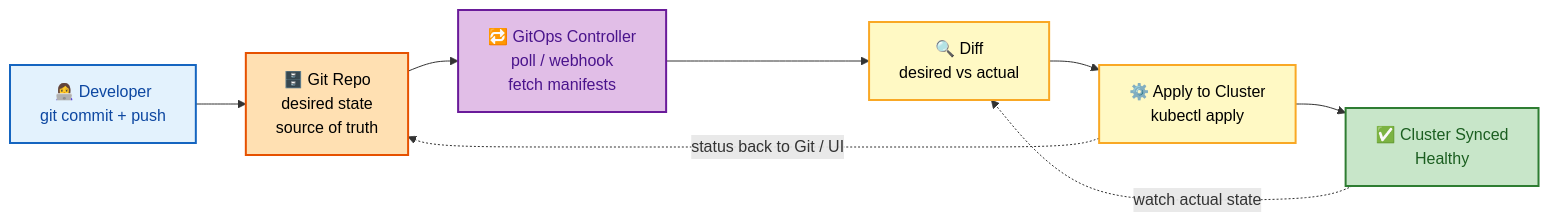
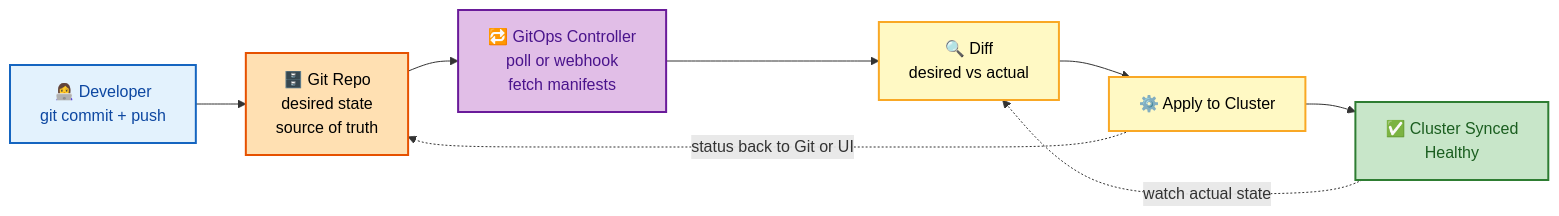
The second of 2 diagrams in gitops/README.md (rakesh-budde/devops-guide), drawn with Mermaid before and after one commit. The commit also changed other lines of this file and 127 other files, not shown here.

````diff
--- a/gitops/README.md
+++ b/gitops/README.md
@@ -66,22 +85,21 @@
 ```mermaid
 flowchart LR
     A["👩‍💻 Developer<br/>git commit + push"] --> B["🗄️ Git Repo<br/>desired state<br/>source of truth"]
-    B --> C["🔁 GitOps Controller<br/>poll / webhook<br/>fetch manifests"]
+    B --> C["🔁 GitOps Controller<br/>poll or webhook<br/>fetch manifests"]
     C --> D["🔍 Diff<br/>desired vs actual"]
-    D --> E["⚙️ Apply to Cluster<br/>kubectl apply"]
+    D --> E["⚙️ Apply to Cluster"]
     E --> F["✅ Cluster Synced<br/>Healthy"]
     F -. "watch actual state" .-> D
-    E -. "status back to Git / UI" .-> B
+    E -. "status back to Git or UI" .-> B
     class A start
     class B store
     class C ctrl
     class D proc
     class E proc
     class F good
     classDef start fill:#e3f2fd,stroke:#1565c0,color:#0d47a1,stroke-width:2px;
     classDef proc fill:#fff9c4,stroke:#f9a825,color:#000,stroke-width:2px;
     classDef good fill:#c8e6c9,stroke:#2e7d32,color:#1b5e20,stroke-width:2px;
-    classDef bad fill:#ffcdd2,stroke:#c62828,color:#b71c1c,stroke-width:2px;
     classDef ctrl fill:#e1bee7,stroke:#6a1b9a,color:#4a148c,stroke-width:2px;
     classDef store fill:#ffe0b2,stroke:#e65100,color:#000,stroke-width:2px;
 ```
````
